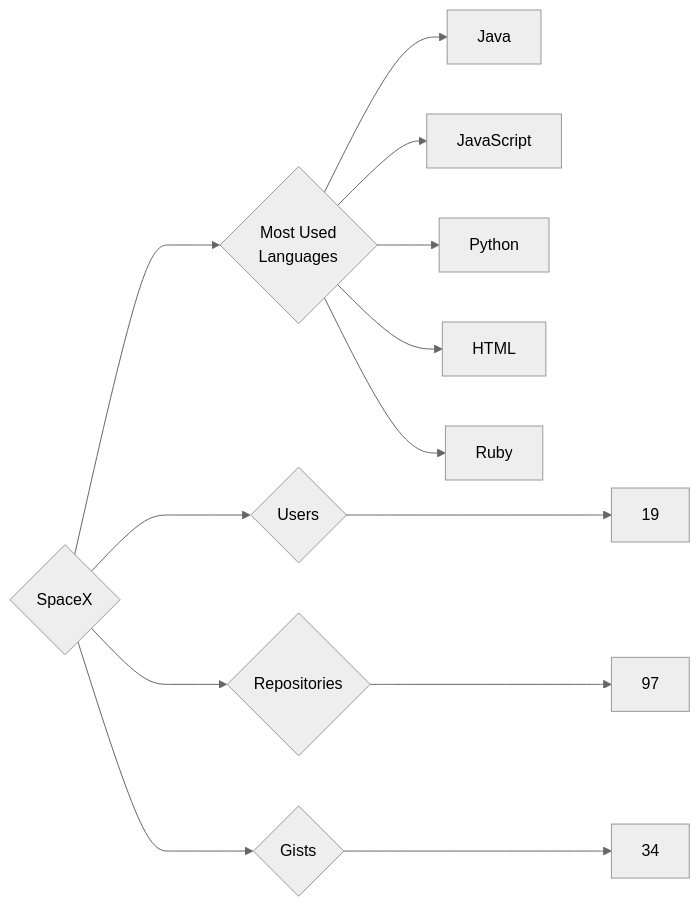
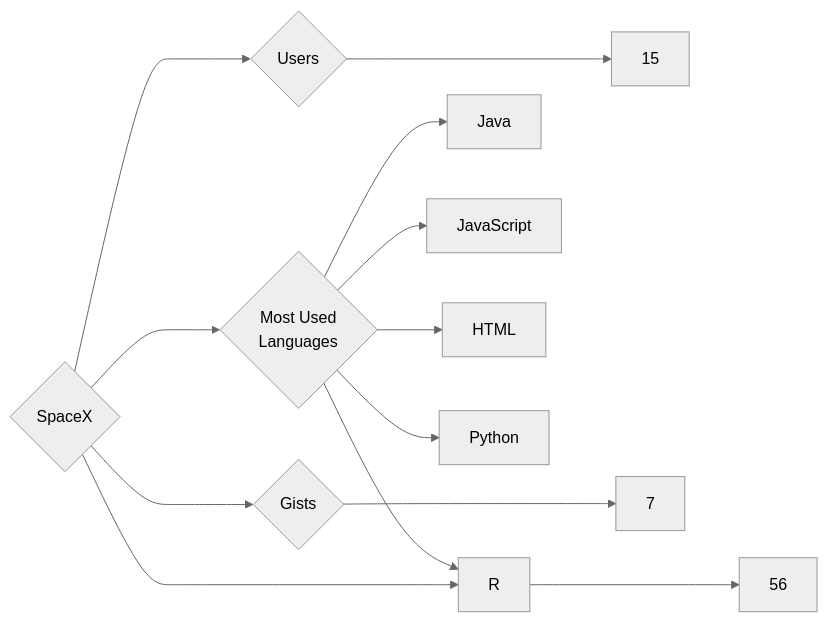
Before and after one commit to trickest/insiders: the diagram in targets/SpaceX/README.md, drawn with Mermaid (neutral theme). The commit also changed 1479 other files, not shown here.

````diff
--- a/targets/SpaceX/README.md
+++ b/targets/SpaceX/README.md
@@ -3,13 +3,13 @@
 ```mermaid
 graph LR
 COMPANY_NAME{SpaceX}
-COMPANY_NAME ---> U{Users} ---> UN[19]
-COMPANY_NAME ---> R{Repositories} ---> RN[97]
-COMPANY_NAME ---> G{Gists} ---> GN[34]
+COMPANY_NAME ---> U{Users} ---> UN[15]
+COMPANY_NAME ---> R{Repositories} ---> RN[56]
+COMPANY_NAME ---> G{Gists} ---> GN[7]
 COMPANY_NAME ---> ML{Most Used<br>Languages}
 ML --> Java[Java]
 ML --> JavaScript[JavaScript]
+ML --> R[R]
+ML --> HTML[HTML]
 ML --> Python[Python]
-ML --> HTML[HTML]
-ML --> Ruby[Ruby]
 ```
````
